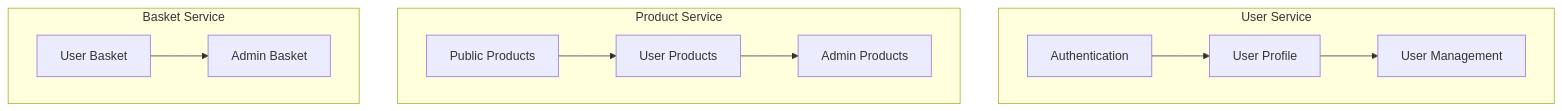
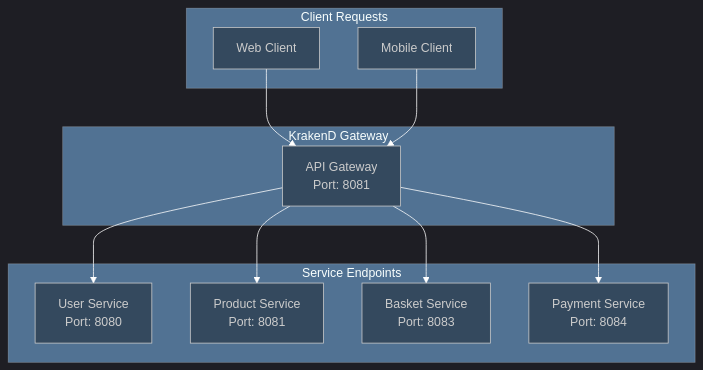
One commit to ozturkeniss/ddd-micro changed the ninth of 11 diagrams in README.md. Above: the diagram before and after it, drawn with Mermaid. The commit also changed other lines of this file, not shown here.

First line of the commit message:
Enhance README with comprehensive architecture overview and service communication flow

````diff
--- a/README.md
+++ b/README.md
@@ -181,25 +342,27 @@
 ```mermaid
+%%{init: {'theme':'dark', 'themeVariables': { 'primaryColor': '#ff6b6b', 'primaryTextColor': '#ffffff', 'primaryBorderColor': '#ff6b6b', 'lineColor': '#ffffff', 'secondaryColor': '#4ecdc4', 'tertiaryColor': '#45b7d1', 'background': '#2c3e50', 'mainBkg': '#34495e', 'secondBkg': '#2c3e50', 'tertiaryBkg': '#34495e'}}}%%
 graph TB
-    subgraph "User Service"
-        USER_AUTH[Authentication]
-        USER_PROFILE[User Profile]
-        USER_ADMIN[User Management]
+    subgraph "Client Requests"
+        WEB[Web Client]
+        MOBILE[Mobile Client]
     end
     
-    subgraph "Product Service"
-        PRODUCT_PUBLIC[Public Products]
-        PRODUCT_USER[User Products]
-        PRODUCT_ADMIN[Admin Products]
+    subgraph "KrakenD Gateway"
+        GATEWAY[API Gateway<br/>Port: 8081]
     end
     
-    subgraph "Basket Service"
-        BASKET_USER[User Basket]
-        BASKET_ADMIN[Admin Basket]
+    subgraph "Service Endpoints"
+        USER_EP[User Service<br/>Port: 8080]
+        PRODUCT_EP[Product Service<br/>Port: 8081]
+        BASKET_EP[Basket Service<br/>Port: 8083]
+        PAYMENT_EP[Payment Service<br/>Port: 8084]
     end
     
-    USER_AUTH --> USER_PROFILE
-    USER_PROFILE --> USER_ADMIN
-    PRODUCT_PUBLIC --> PRODUCT_USER
-    PRODUCT_USER --> PRODUCT_ADMIN
-    BASKET_USER --> BASKET_ADMIN
+    WEB --> GATEWAY
+    MOBILE --> GATEWAY
+    
+    GATEWAY --> USER_EP
+    GATEWAY --> PRODUCT_EP
+    GATEWAY --> BASKET_EP
+    GATEWAY --> PAYMENT_EP
 ```
````
